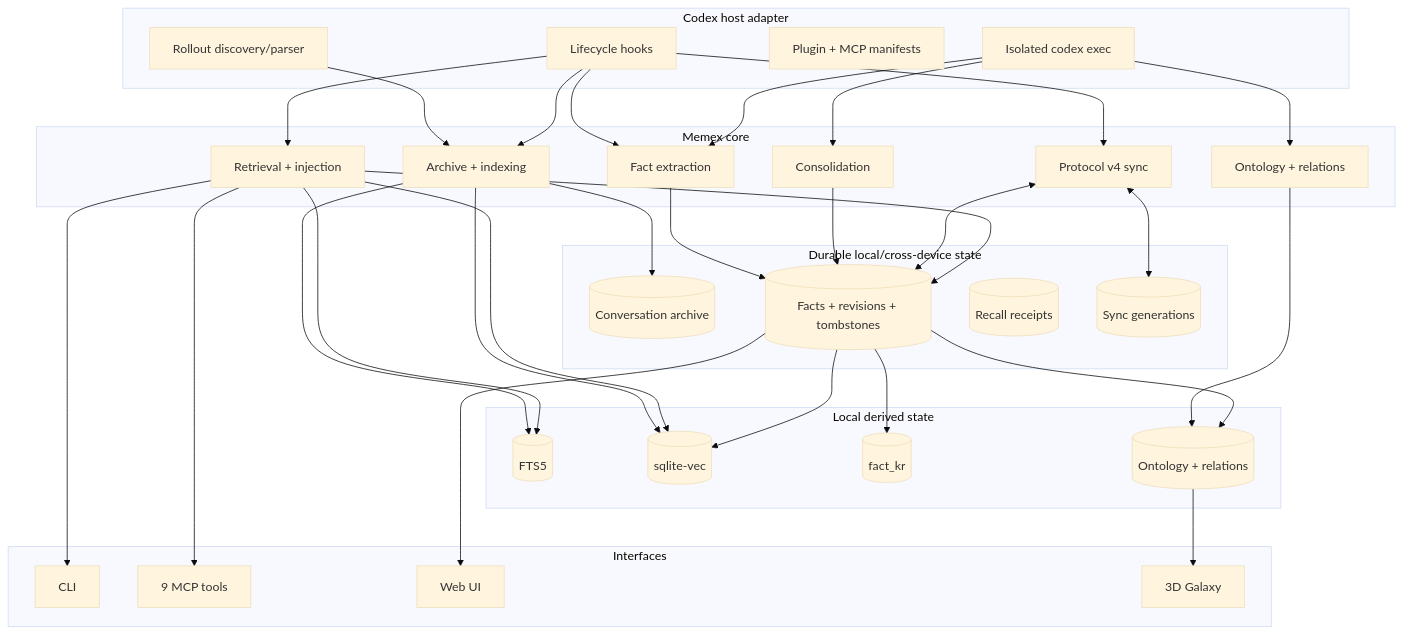
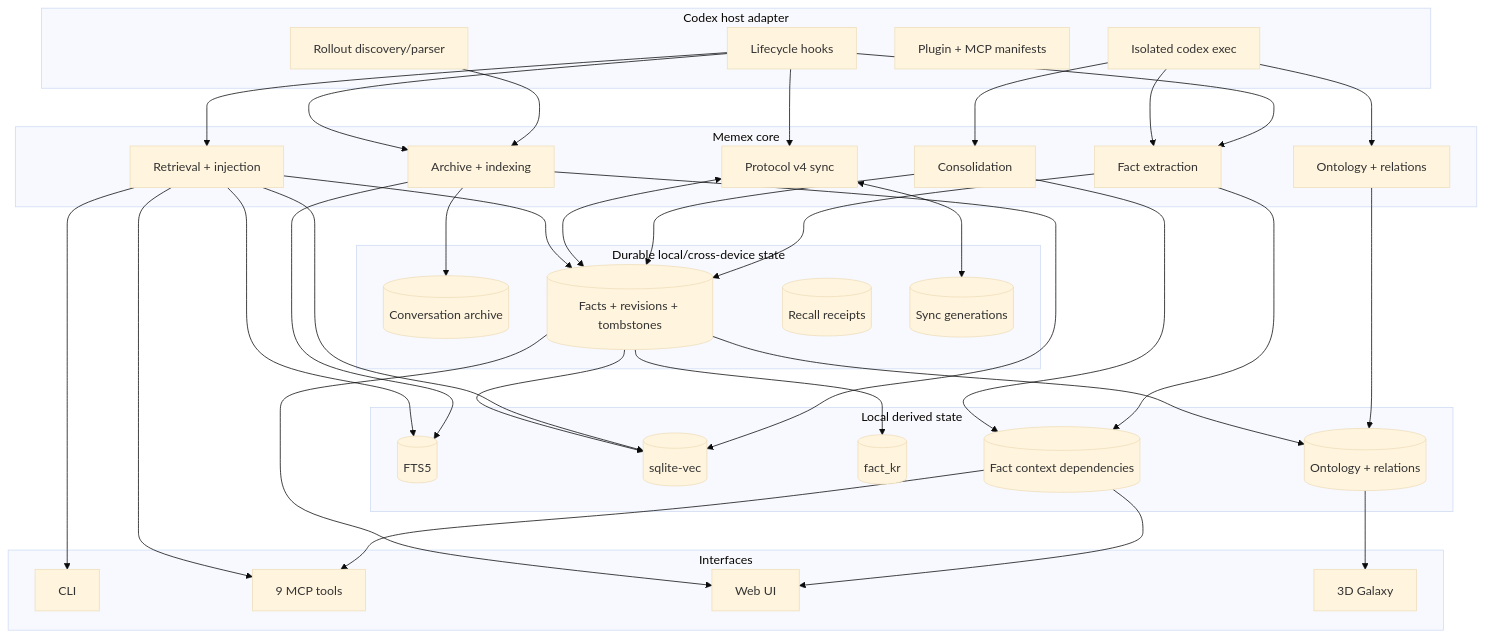
The first of 2 diagrams in docs/ARCHITECTURE.md (BongSuCHOI/memex), drawn with Mermaid (base theme) before and after one commit. The commit also changed other lines of this file and 42 other files, not shown here.

Commit message:
feat(extraction): persist context dependencies

````diff
--- a/docs/ARCHITECTURE.md
+++ b/docs/ARCHITECTURE.md
@@ -19,68 +19,73 @@
 ```mermaid
 flowchart TB
     subgraph Host[Codex host adapter]
       Rollout[Rollout discovery/parser]
       Hooks[Lifecycle hooks]
       Plugin[Plugin + MCP manifests]
       Exec[Isolated codex exec]
     end
 
     subgraph Core[Memex core]
       ArchiveIndex[Archive + indexing]
       Extract[Fact extraction]
       Consolidate[Consolidation]
       Sync[Protocol v4 sync]
       Retrieve[Retrieval + injection]
       Ontology[Ontology + relations]
     end
 
     subgraph Durable[Durable local/cross-device state]
       Archive[(Conversation archive)]
       Facts[(Facts + revisions + tombstones)]
       Recall[(Recall receipts)]
       Generations[(Sync generations)]
     end
 
     subgraph Derived[Local derived state]
       FTS[(FTS5)]
       Vec[(sqlite-vec)]
       KR[(fact_kr)]
       Tax[(Ontology + relations)]
+      Context[(Fact context dependencies)]
     end
 
     subgraph Interfaces[Interfaces]
       CLI[CLI]
       MCP[9 MCP tools]
       UI[Web UI]
       Galaxy[3D Galaxy]
     end
 
     Rollout --> ArchiveIndex
     Hooks --> ArchiveIndex
     Hooks --> Extract
     Hooks --> Sync
     Hooks --> Retrieve
     Exec --> Extract
     Exec --> Consolidate
     Exec --> Ontology
 
     ArchiveIndex --> Archive
     ArchiveIndex --> FTS
     ArchiveIndex --> Vec
     Extract --> Facts
+    Extract --> Context
     Consolidate --> Facts
+    Consolidate --> Context
     Sync <--> Generations
     Sync <--> Facts
     Retrieve --> Facts
     Retrieve --> FTS
     Retrieve --> Vec
     Ontology --> Tax
     Facts --> KR
     Facts --> Tax
     Facts --> Vec
+    Context --> UI
+    Context --> MCP
 
     Retrieve --> CLI
     Retrieve --> MCP
     Facts --> UI
     Tax --> Galaxy
 ```
````
